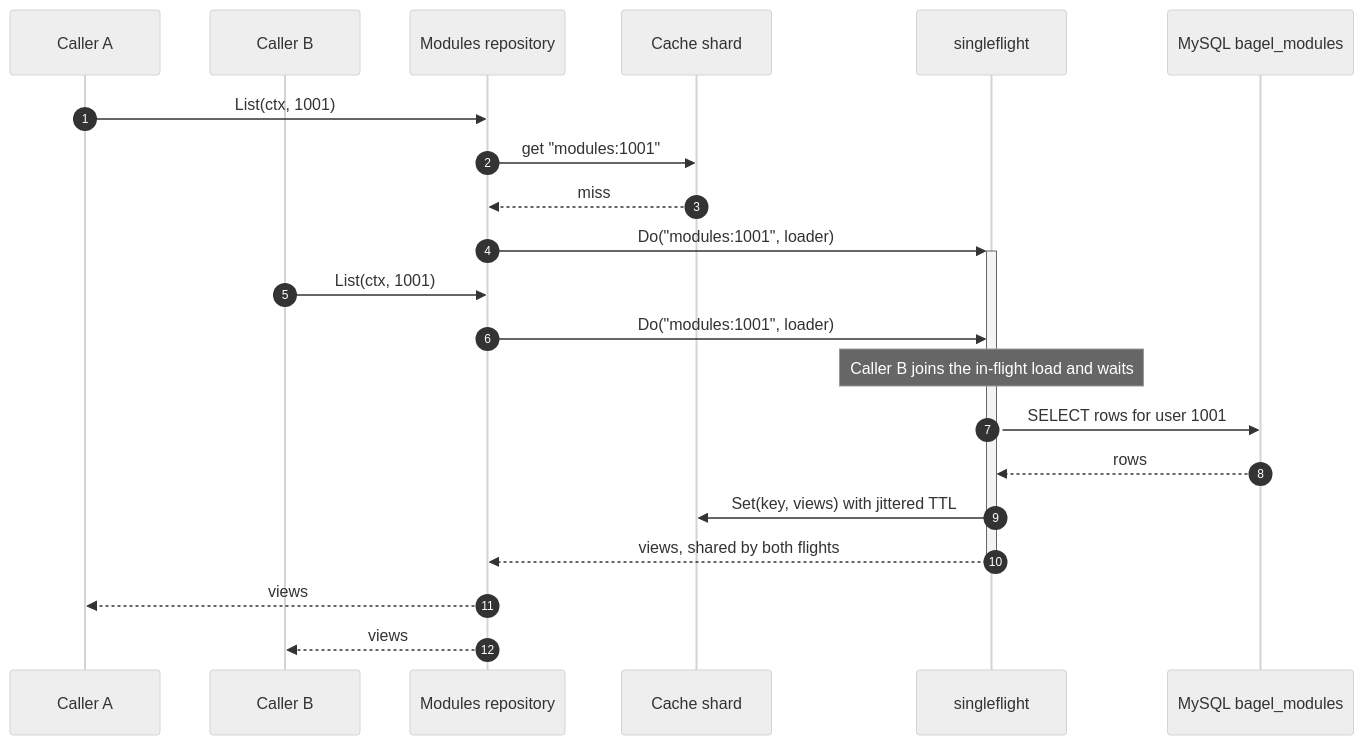
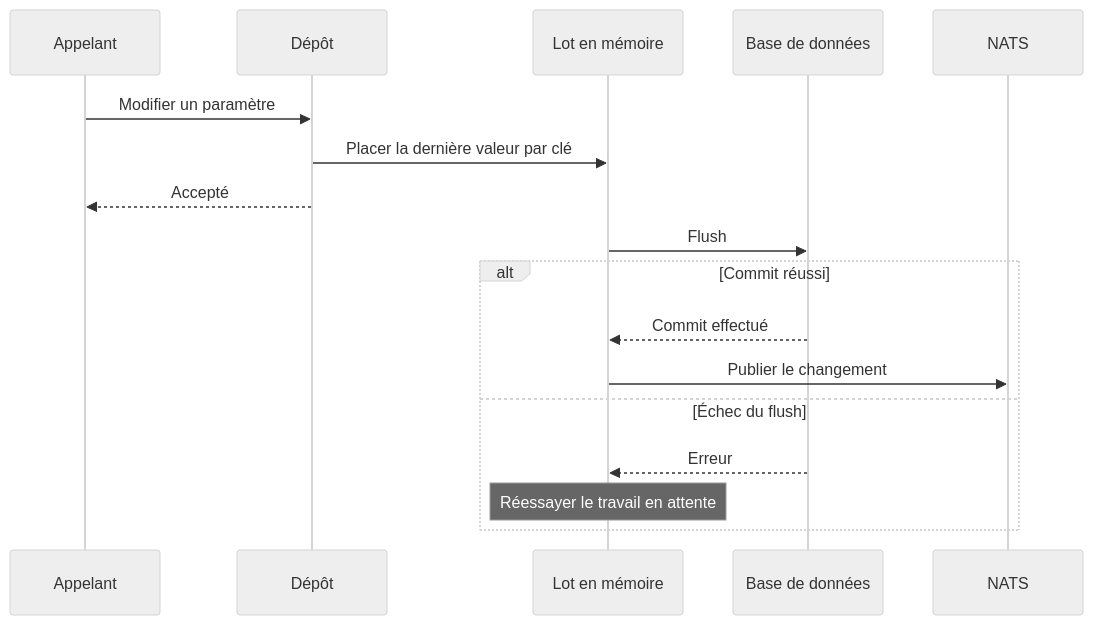
Before and after one commit to AdamOusmer/ItsBagelBot: the diagram in web/docs/src/content/docs/fr/data-and-state/caching.md, drawn with Mermaid (neutral theme). The commit also changed other lines of this file and 171 other files, not shown here.

````diff
--- a/web/docs/src/content/docs/fr/data-and-state/caching.md
+++ b/web/docs/src/content/docs/fr/data-and-state/caching.md
@@ -18,24 +17,19 @@
 ```mermaid
 sequenceDiagram
-    autonumber
-    participant A as Caller A
-    participant B as Caller B
-    participant R as Modules repository
-    participant C as Cache shard
-    participant F as singleflight
-    participant DB as MySQL bagel_modules
-
-    A->>R: List(ctx, 1001)
-    R->>C: get "modules:1001"
-    C-->>R: miss
-    R->>+F: Do("modules:1001", loader)
-    B->>R: List(ctx, 1001)
-    R->>F: Do("modules:1001", loader)
-    Note over F: Caller B joins the in-flight load and waits
-    F->>DB: SELECT rows for user 1001
-    DB-->>F: rows
-    F->>C: Set(key, views) with jittered TTL
-    F-->>-R: views, shared by both flights
-    R-->>A: views
-    R-->>B: views
+    participant C as Appelant
+    participant R as Dépôt
+    participant B as Lot en mémoire
+    participant D as Base de données
+    participant N as NATS
+    C->>R: Modifier un paramètre
+    R->>B: Placer la dernière valeur par clé
+    R-->>C: Accepté
+    B->>D: Flush
+    alt Commit réussi
+        D-->>B: Commit effectué
+        B->>N: Publier le changement
+    else Échec du flush
+        D-->>B: Erreur
+        Note over B: Réessayer le travail en attente
+    end
 ```
````
